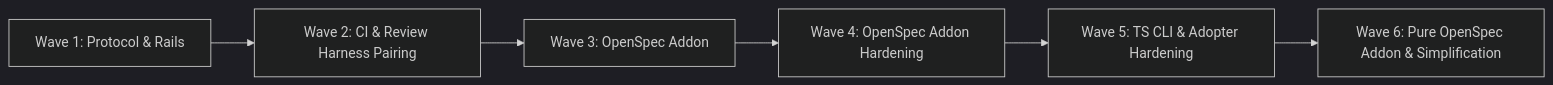
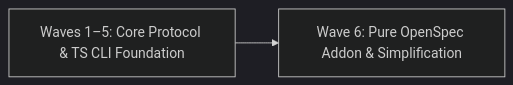
Before and after one commit to mgabs/spec-rails: the diagram in docs/ROADMAP.md, drawn with Mermaid (dark theme). The commit also changed other lines of this file, not shown here.

Commit message:
chore: strip deprecated features from roadmap

````diff
--- a/docs/ROADMAP.md
+++ b/docs/ROADMAP.md
@@ -9,4 +9,4 @@
 ```mermaid
 flowchart LR
-    W1[Wave 1: Protocol & Rails] --> W2[Wave 2: CI & Review Harness Pairing] --> W3[Wave 3: OpenSpec Addon] --> W4[Wave 4: OpenSpec Addon Hardening] --> W5[Wave 5: TS CLI & Adopter Hardening] --> W6[Wave 6: Pure OpenSpec Addon & Simplification]
+    W1_5[Waves 1–5: Core Protocol & TS CLI Foundation] --> W6[Wave 6: Pure OpenSpec Addon & Simplification]
 ```
````
